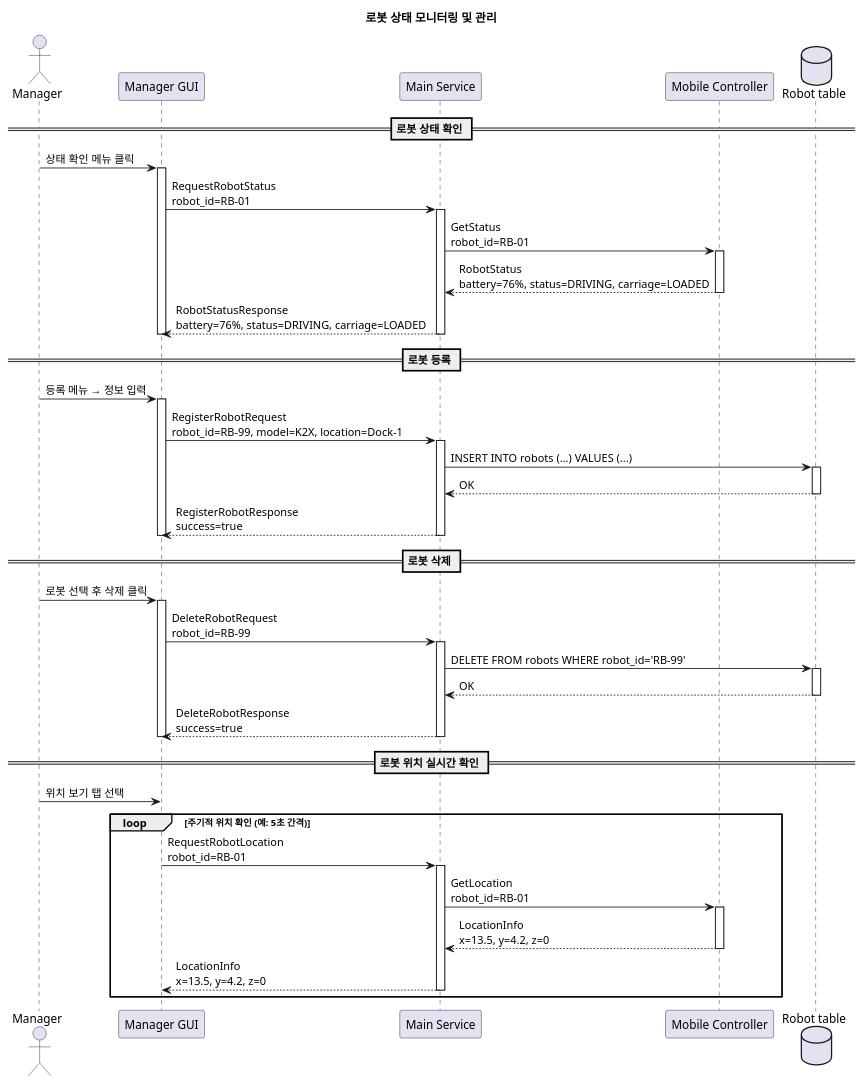
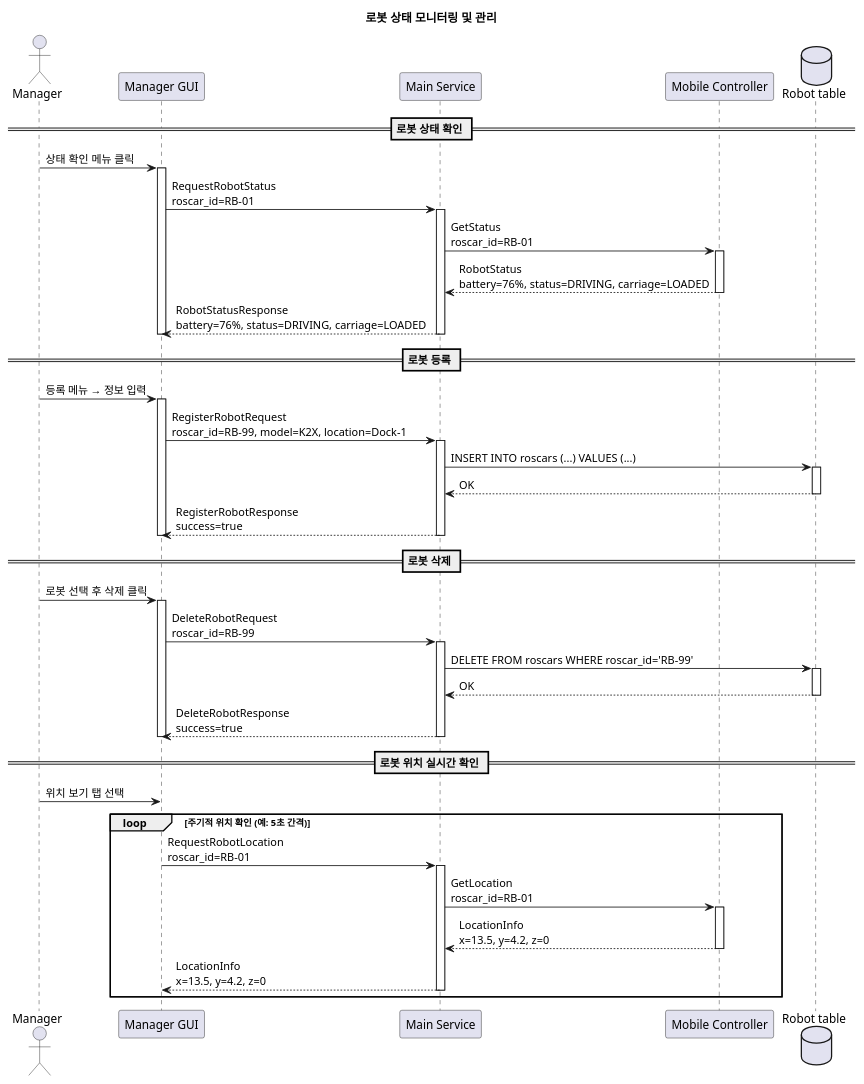
One commit to addinedu-ros-8th/ros-repo-3 changed the fourth of 8 diagrams in docs/sequence_diagram v3.md. Above: the diagram before and after it, drawn with PlantUML. The commit also changed other lines of this file and 108 other files, not shown here.

Commit message:
Fix build and Rename robot to roscar

````diff
--- a/docs/sequence_diagram v3.md
+++ b/docs/sequence_diagram v3.md
@@ -241,69 +241,69 @@
 ```plantuml
 @startuml
 title 로봇 상태 모니터링 및 관리
 
 actor Manager
 participant "Manager GUI" as GUI
 participant "Main Service" as Main
 participant "Mobile Controller" as Mobile
 database "Robot table" as DB
 
 == 로봇 상태 확인 ==
 
 Manager -> GUI : 상태 확인 메뉴 클릭
 activate GUI
-GUI -> Main : RequestRobotStatus\nrobot_id=RB-01
+GUI -> Main : RequestRobotStatus\nroscar_id=RB-01
 activate Main
-Main -> Mobile : GetStatus\nrobot_id=RB-01
+Main -> Mobile : GetStatus\nroscar_id=RB-01
 activate Mobile
 Mobile --> Main : RobotStatus\nbattery=76%, status=DRIVING, carriage=LOADED
 deactivate Mobile
 Main --> GUI : RobotStatusResponse\nbattery=76%, status=DRIVING, carriage=LOADED
 deactivate Main
 deactivate GUI
 
 == 로봇 등록 ==
 
 Manager -> GUI : 등록 메뉴 → 정보 입력
 activate GUI
-GUI -> Main : RegisterRobotRequest\nrobot_id=RB-99, model=K2X, location=Dock-1
+GUI -> Main : RegisterRobotRequest\nroscar_id=RB-99, model=K2X, location=Dock-1
 activate Main
-Main -> DB : INSERT INTO robots (...) VALUES (...)
+Main -> DB : INSERT INTO roscars (...) VALUES (...)
 activate DB
 DB --> Main : OK
 deactivate DB
 Main --> GUI : RegisterRobotResponse\nsuccess=true
 deactivate Main
 deactivate GUI
 
 == 로봇 삭제 ==
 
 Manager -> GUI : 로봇 선택 후 삭제 클릭
 activate GUI
-GUI -> Main : DeleteRobotRequest\nrobot_id=RB-99
+GUI -> Main : DeleteRobotRequest\nroscar_id=RB-99
 activate Main
-Main -> DB : DELETE FROM robots WHERE robot_id='RB-99'
+Main -> DB : DELETE FROM roscars WHERE roscar_id='RB-99'
 activate DB
 DB --> Main : OK
 deactivate DB
 Main --> GUI : DeleteRobotResponse\nsuccess=true
 deactivate Main
 deactivate GUI
 
 == 로봇 위치 실시간 확인 ==
 
 Manager -> GUI : 위치 보기 탭 선택
 loop 주기적 위치 확인 (예: 5초 간격)
-    GUI -> Main : RequestRobotLocation\nrobot_id=RB-01
+    GUI -> Main : RequestRobotLocation\nroscar_id=RB-01
     activate Main
-    Main -> Mobile : GetLocation\nrobot_id=RB-01
+    Main -> Mobile : GetLocation\nroscar_id=RB-01
     activate Mobile
     Mobile --> Main : LocationInfo\nx=13.5, y=4.2, z=0
     deactivate Mobile
     Main --> GUI : LocationInfo\nx=13.5, y=4.2, z=0
     deactivate Main
 end
 deactivate GUI
 
 @enduml
 ```
````
